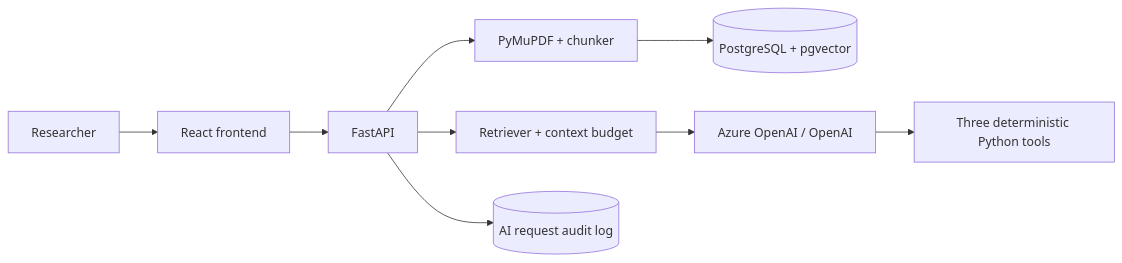
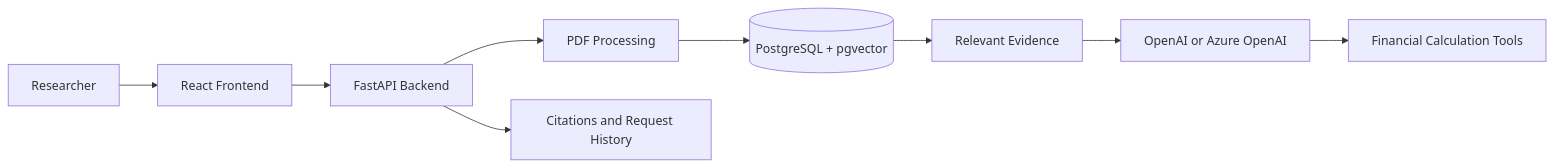
Before and after one commit to chintan712/Investment-Research-Copilot: the diagram in README.md, drawn with Mermaid. The commit also changed other lines of this file, not shown here.

````diff
--- a/README.md
+++ b/README.md
@@ -21,11 +29,11 @@
 ```mermaid
 flowchart LR
-  U[Researcher] --> F[React frontend]
-  F --> A[FastAPI]
-  A --> P[PyMuPDF + chunker]
-  P --> V[(PostgreSQL + pgvector)]
-  A --> R[Retriever + context budget]
-  R --> L[Azure OpenAI / OpenAI]
-  L --> T[Three deterministic Python tools]
-  A --> H[(AI request audit log)]
+  U[Researcher] --> F[React Frontend]
+  F --> A[FastAPI Backend]
+  A --> D[PDF Processing]
+  D --> V[(PostgreSQL + pgvector)]
+  V --> R[Relevant Evidence]
+  R --> L[OpenAI or Azure OpenAI]
+  L --> T[Financial Calculation Tools]
+  A --> C[Citations and Request History]
 ```
````
